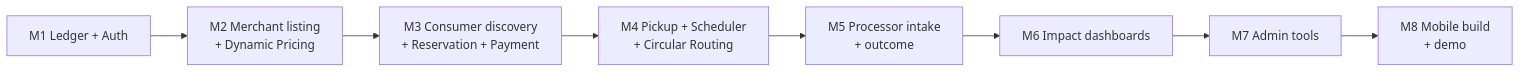
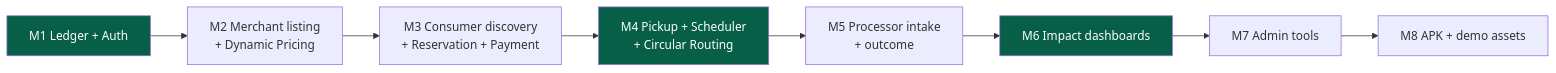
The second of 2 diagrams in docs/business/ROADMAP.md (201dev/cirquo), drawn with Mermaid before and after one commit. The commit also changed other lines of this file and 3 other files, not shown here.

Commit message:
docs(prd): make ponytail actionable, fix graphify inaccuracies, and realign delivery plan

````diff
--- a/docs/business/ROADMAP.md
+++ b/docs/business/ROADMAP.md
@@ -86,10 +136,14 @@
 ```mermaid
 flowchart LR
     M1[M1 Ledger + Auth] --> M2[M2 Merchant listing<br/>+ Dynamic Pricing]
     M2 --> M3[M3 Consumer discovery<br/>+ Reservation + Payment]
     M3 --> M4[M4 Pickup + Scheduler<br/>+ Circular Routing]
     M4 --> M5[M5 Processor intake<br/>+ outcome]
     M5 --> M6[M6 Impact dashboards]
     M6 --> M7[M7 Admin tools]
-    M7 --> M8[M8 Mobile build<br/>+ demo]
+    M7 --> M8[M8 APK + demo assets]
+
+    style M1 fill:#065f46,color:#fff
+    style M4 fill:#065f46,color:#fff
+    style M6 fill:#065f46,color:#fff
 ```
````
